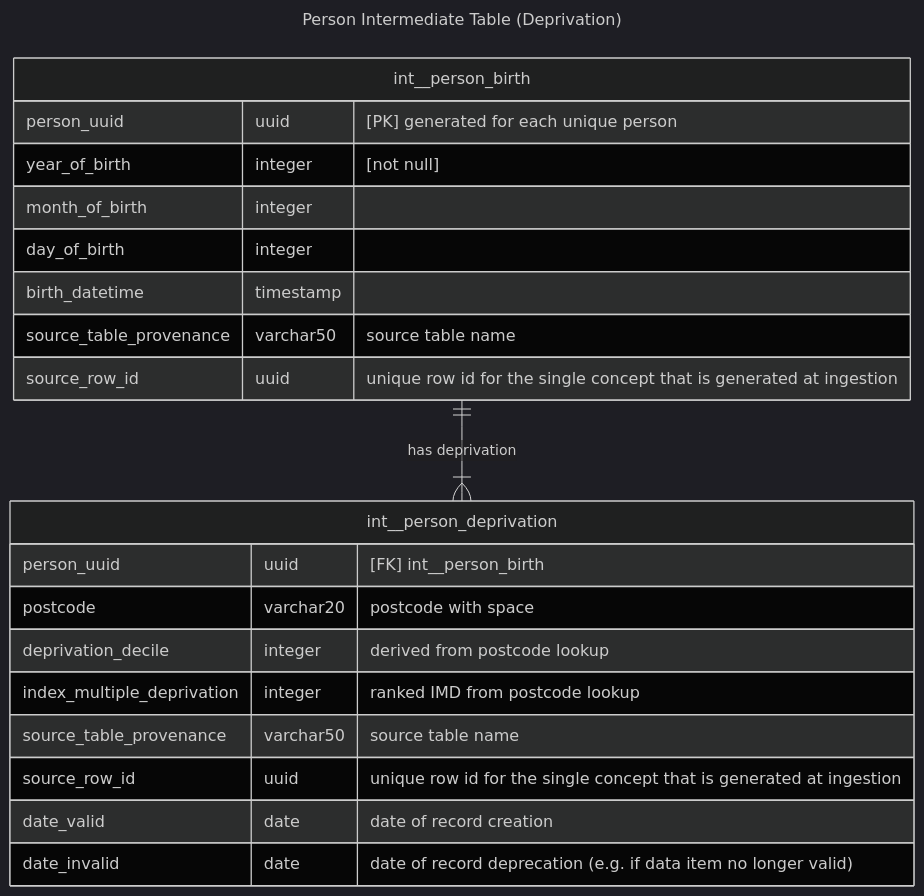
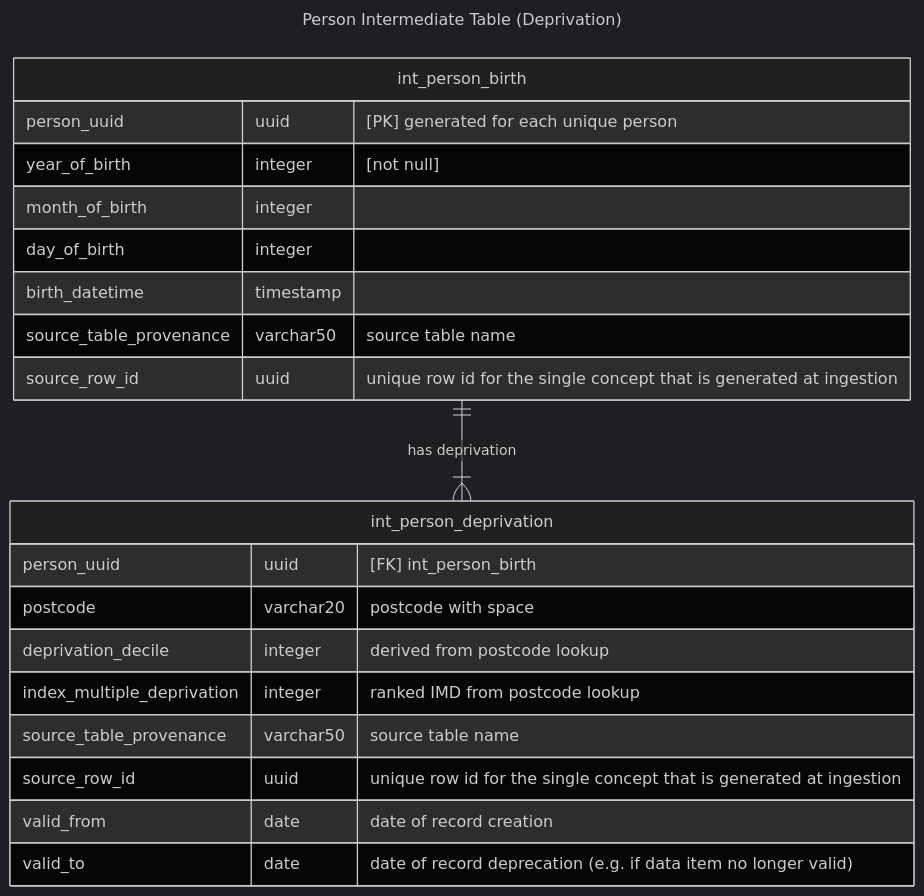
Before and after one commit to d3london/sde_aic_external_docs: the third of 5 diagrams in src/pages/data_model/cdm_person.qmd, drawn with Mermaid (dark theme).

````diff
--- a/src/pages/data_model/cdm_person.qmd
+++ b/src/pages/data_model/cdm_person.qmd
@@ -88,26 +88,26 @@
 ```{mermaid}
 ---
 title: Person Intermediate Table (Deprivation)
 ---
 erDiagram
-    int__person_birth {
+    int_person_birth {
         person_uuid uuid "[PK] generated for each unique person"
         year_of_birth integer "[not null]"
         month_of_birth integer
         day_of_birth integer
         birth_datetime timestamp
         source_table_provenance varchar50 "source table name"
         source_row_id uuid "unique row id for the single concept that is generated at ingestion"
     }
-    int__person_birth ||--|{ int__person_deprivation : "has deprivation"
-        int__person_deprivation {
-        person_uuid uuid "[FK] int__person_birth"
+    int_person_birth ||--|{ int_person_deprivation : "has deprivation"
+        int_person_deprivation {
+        person_uuid uuid "[FK] int_person_birth"
         postcode varchar20 "postcode with space"
         deprivation_decile integer "derived from postcode lookup"        
         index_multiple_deprivation integer "ranked IMD from postcode lookup"
         source_table_provenance varchar50 "source table name"
         source_row_id uuid "unique row id for the single concept that is generated at ingestion"
-        date_valid date "date of record creation"
-        date_invalid date "date of record deprecation (e.g. if data item no longer valid)"
+        valid_from date "date of record creation"
+        valid_to date "date of record deprecation (e.g. if data item no longer valid)"
     }
 ```
````
